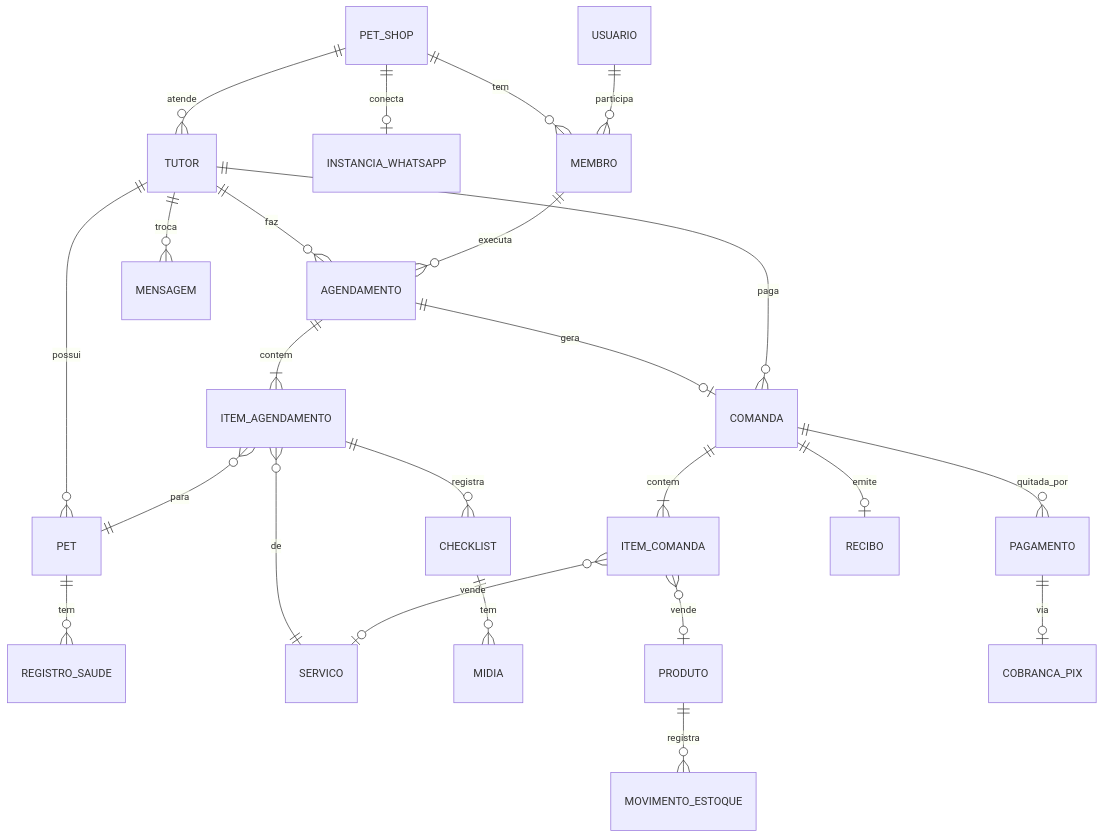
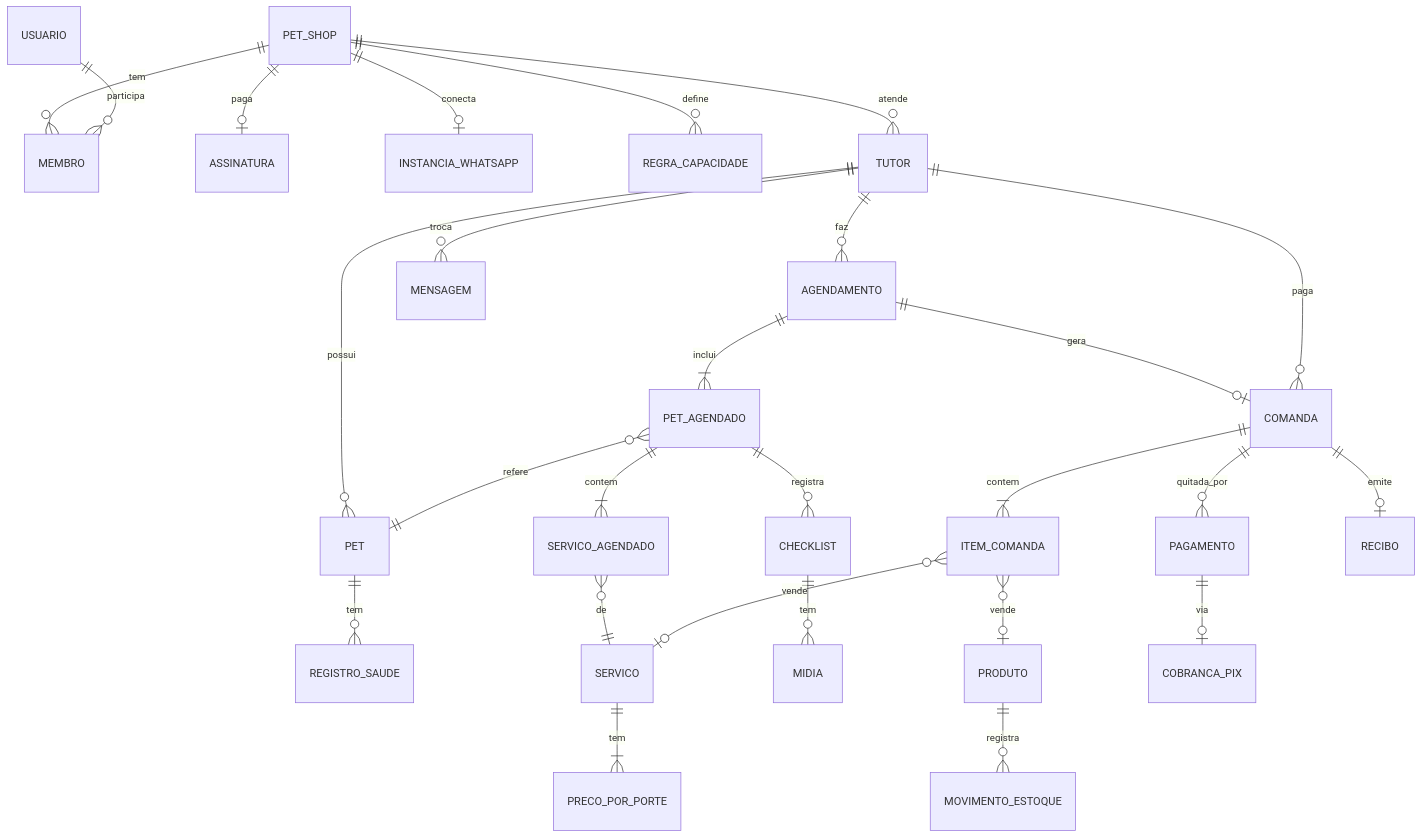
The third of 3 diagrams in docs/PRD.md (guilhermerevest-art/petshop), drawn with Mermaid before and after one commit. The commit also changed other lines of this file and 1 other file, not shown here.

First line of the commit message:
docs: PRD v0.3 com agenda por capacidade e assinatura via Stripe

````diff
--- a/docs/PRD.md
+++ b/docs/PRD.md
@@ -567,26 +623,29 @@
 ```mermaid
 erDiagram
     PET_SHOP ||--o{ MEMBRO : tem
     USUARIO ||--o{ MEMBRO : participa
+    PET_SHOP ||--o| ASSINATURA : paga
     PET_SHOP ||--o| INSTANCIA_WHATSAPP : conecta
+    PET_SHOP ||--o{ REGRA_CAPACIDADE : define
     PET_SHOP ||--o{ TUTOR : atende
     TUTOR ||--o{ PET : possui
     PET ||--o{ REGISTRO_SAUDE : tem
     TUTOR ||--o{ AGENDAMENTO : faz
-    MEMBRO ||--o{ AGENDAMENTO : executa
-    AGENDAMENTO ||--|{ ITEM_AGENDAMENTO : contem
-    ITEM_AGENDAMENTO }o--|| PET : para
-    ITEM_AGENDAMENTO }o--|| SERVICO : de
-    ITEM_AGENDAMENTO ||--o{ CHECKLIST : registra
+    AGENDAMENTO ||--|{ PET_AGENDADO : inclui
+    PET_AGENDADO }o--|| PET : refere
+    PET_AGENDADO ||--|{ SERVICO_AGENDADO : contem
+    SERVICO_AGENDADO }o--|| SERVICO : de
+    SERVICO ||--|{ PRECO_POR_PORTE : tem
+    PET_AGENDADO ||--o{ CHECKLIST : registra
     CHECKLIST ||--o{ MIDIA : tem
     AGENDAMENTO ||--o| COMANDA : gera
     TUTOR ||--o{ COMANDA : paga
     COMANDA ||--|{ ITEM_COMANDA : contem
     ITEM_COMANDA }o--o| PRODUTO : vende
     ITEM_COMANDA }o--o| SERVICO : vende
     COMANDA ||--o{ PAGAMENTO : quitada_por
     PAGAMENTO ||--o| COBRANCA_PIX : via
     COMANDA ||--o| RECIBO : emite
     PRODUTO ||--o{ MOVIMENTO_ESTOQUE : registra
     TUTOR ||--o{ MENSAGEM : troca
 ```
````
